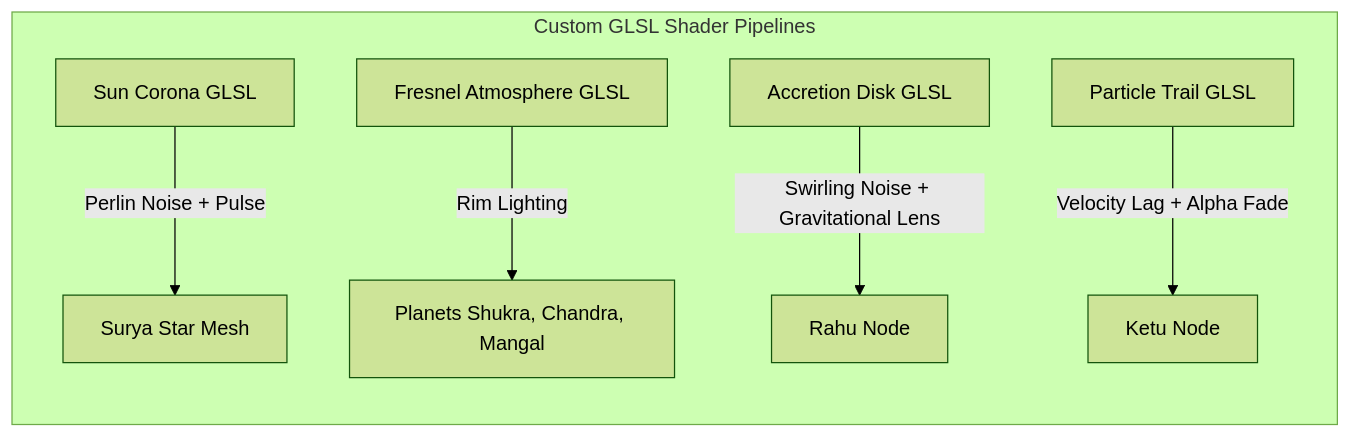
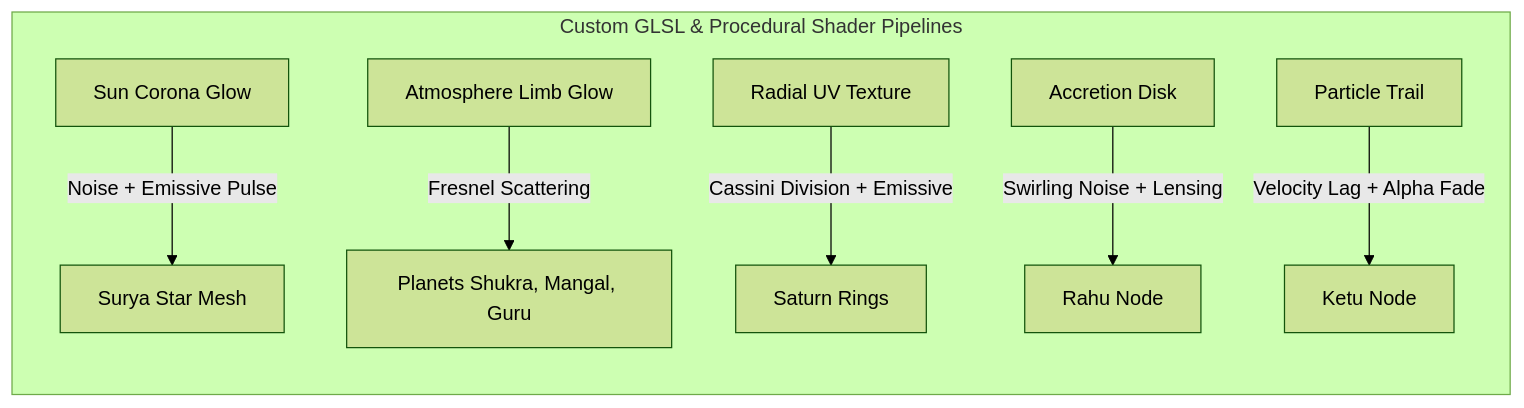
One commit to Rudra130/rudra-portfolio changed the diagram in docs/architecture/3D_UNIVERSE_ARCHITECTURE.md. Above: the diagram before and after it, drawn with Mermaid (forest theme). The commit also changed other lines of this file and 18 other files, not shown here.

Commit message:
docs: synchronize README, architecture, design, and roadmap with current 8-world Keplerian solar system

````diff
--- a/docs/architecture/3D_UNIVERSE_ARCHITECTURE.md
+++ b/docs/architecture/3D_UNIVERSE_ARCHITECTURE.md
@@ -77,9 +67,10 @@
 ```mermaid
 graph LR
-    subgraph Shader_Pipelines [Custom GLSL Shader Pipelines]
-        SunShader[Sun Corona GLSL] -->|Perlin Noise + Pulse| SuryaMesh[Surya Star Mesh]
-        AtmoShader[Fresnel Atmosphere GLSL] -->|Rim Lighting| PlanetaryMeshes[Planets Shukra, Chandra, Mangal]
-        SingularityShader[Accretion Disk GLSL] -->|Swirling Noise + Gravitational Lens| RahuMesh[Rahu Node]
-        CometTailShader[Particle Trail GLSL] -->|Velocity Lag + Alpha Fade| KetuMesh[Ketu Node]
+    subgraph Shader_Pipelines [Custom GLSL & Procedural Shader Pipelines]
+        SunShader[Sun Corona Glow] -->|Noise + Emissive Pulse| SuryaMesh[Surya Star Mesh]
+        AtmoShader[Atmosphere Limb Glow] -->|Fresnel Scattering| PlanetaryMeshes[Planets Shukra, Mangal, Guru]
+        CassiniShader[Radial UV Texture] -->|Cassini Division + Emissive| ShaniRings[Saturn Rings]
+        SingularityShader[Accretion Disk] -->|Swirling Noise + Lensing| RahuMesh[Rahu Node]
+        CometTailShader[Particle Trail] -->|Velocity Lag + Alpha Fade| KetuMesh[Ketu Node]
     end
 ```
````
